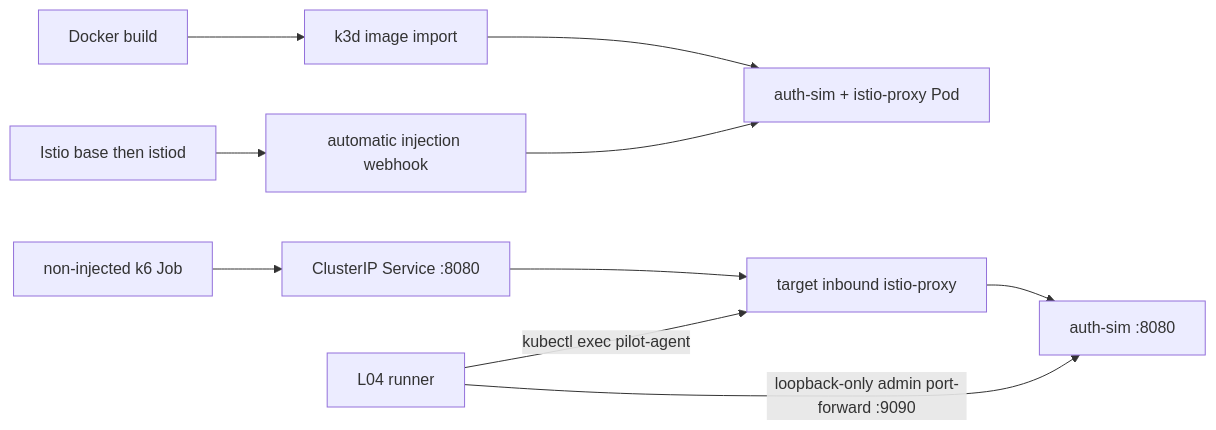
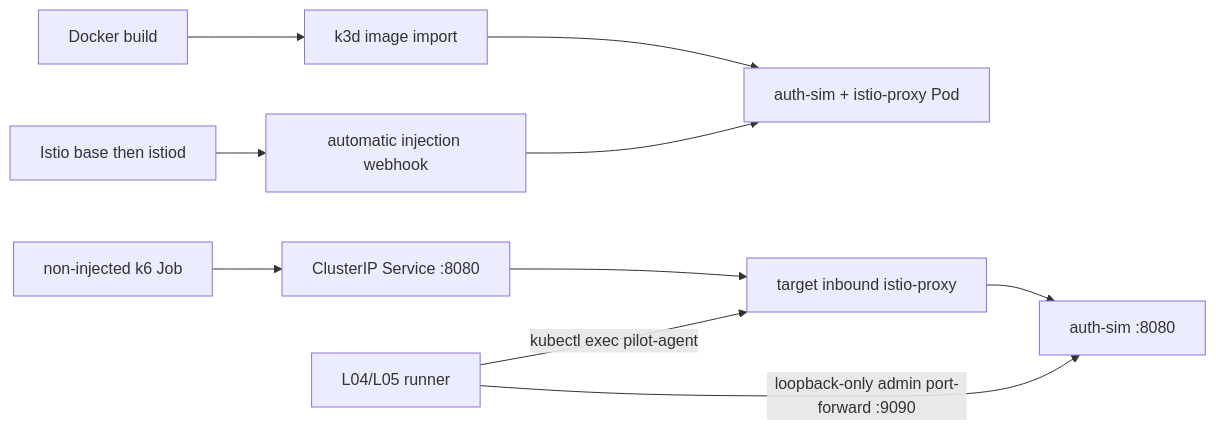
Before and after one commit to imcherry5778-labs/github-capacity-cascade-lab: the second of 3 diagrams in README.md, drawn with Mermaid. The commit also changed other lines of this file and 6 other files, not shown here.

````diff
--- a/README.md
+++ b/README.md
@@ -81,12 +83,12 @@
 ```mermaid
 flowchart LR
     B[Docker build] --> I[k3d image import]
     I --> P[auth-sim + istio-proxy Pod]
     C[Istio base then istiod] --> W[automatic injection webhook]
     W --> P
     K[non-injected k6 Job] --> S[ClusterIP Service :8080]
     S --> X[target inbound istio-proxy]
     X --> A[auth-sim :8080]
-    R[L04 runner] -->|loopback-only admin port-forward :9090| A
+    R[L04/L05 runner] -->|loopback-only admin port-forward :9090| A
     R -->|kubectl exec pilot-agent| X
 ```
````
